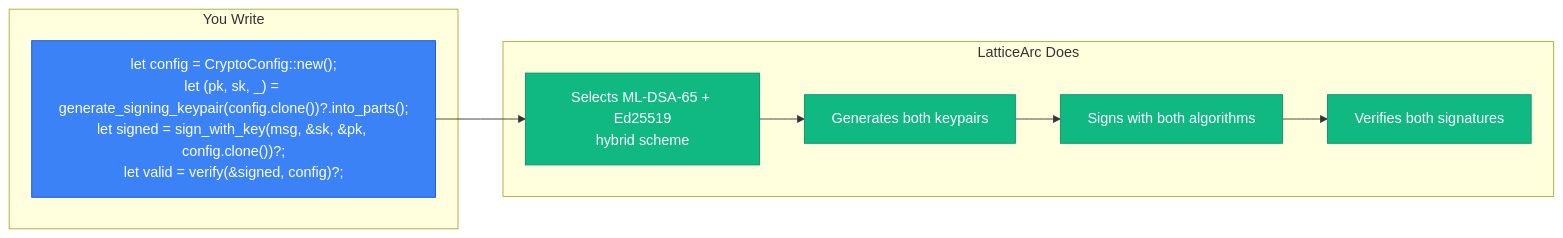
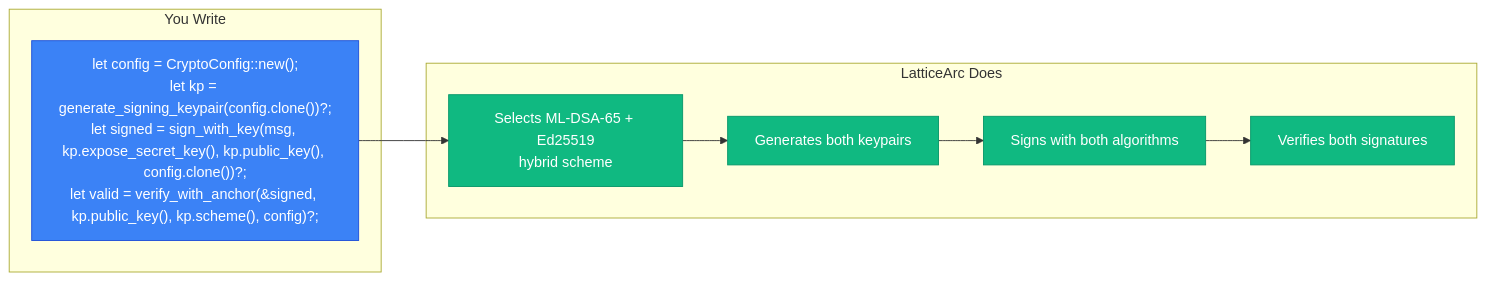
One commit to LatticeArc/latticearc changed the first of 7 diagrams in docs/UNIFIED_API_GUIDE.md. Above: the diagram before and after it, drawn with Mermaid. The commit also changed other lines of this file and 75 other files, not shown here.

````diff
--- a/docs/UNIFIED_API_GUIDE.md
+++ b/docs/UNIFIED_API_GUIDE.md
@@ -7,21 +7,21 @@
 ```mermaid
 flowchart LR
     subgraph "You Write"
-        CODE["let config = CryptoConfig::new();\nlet (pk, sk, _) = generate_signing_keypair(config.clone())?.into_parts();\nlet signed = sign_with_key(msg, &sk, &pk, config.clone())?;\nlet valid = verify(&signed, config)?;"]
+        CODE["let config = CryptoConfig::new();\nlet kp = generate_signing_keypair(config.clone())?;\nlet signed = sign_with_key(msg, kp.expose_secret_key(), kp.public_key(), config.clone())?;\nlet valid = verify_with_anchor(&signed, kp.public_key(), kp.scheme(), config)?;"]
     end
 
     subgraph "LatticeArc Does"
         SEL["Selects ML-DSA-65 + Ed25519\nhybrid scheme"]
         GEN["Generates both keypairs"]
         SIGN["Signs with both algorithms"]
         VER["Verifies both signatures"]
     end
 
     CODE --> SEL --> GEN --> SIGN --> VER
 
     classDef you fill:#3b82f6,stroke:#1d4ed8,color:#fff
     classDef lib fill:#10b981,stroke:#059669,color:#fff
 
     class CODE you
     class SEL,GEN,SIGN,VER lib
 ```
````
